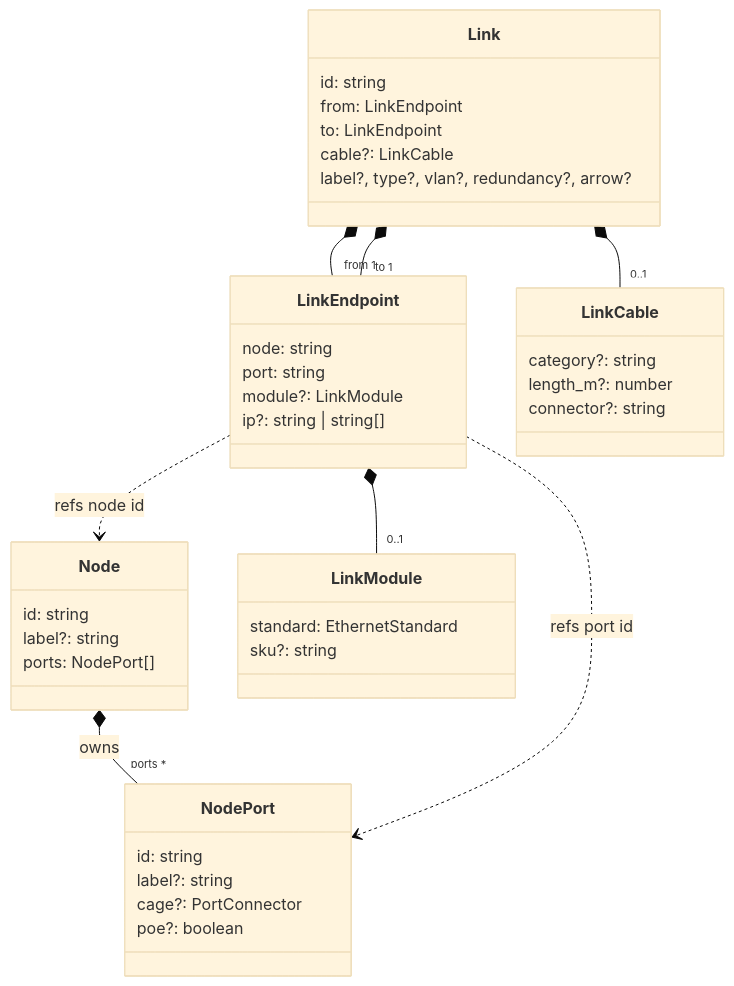
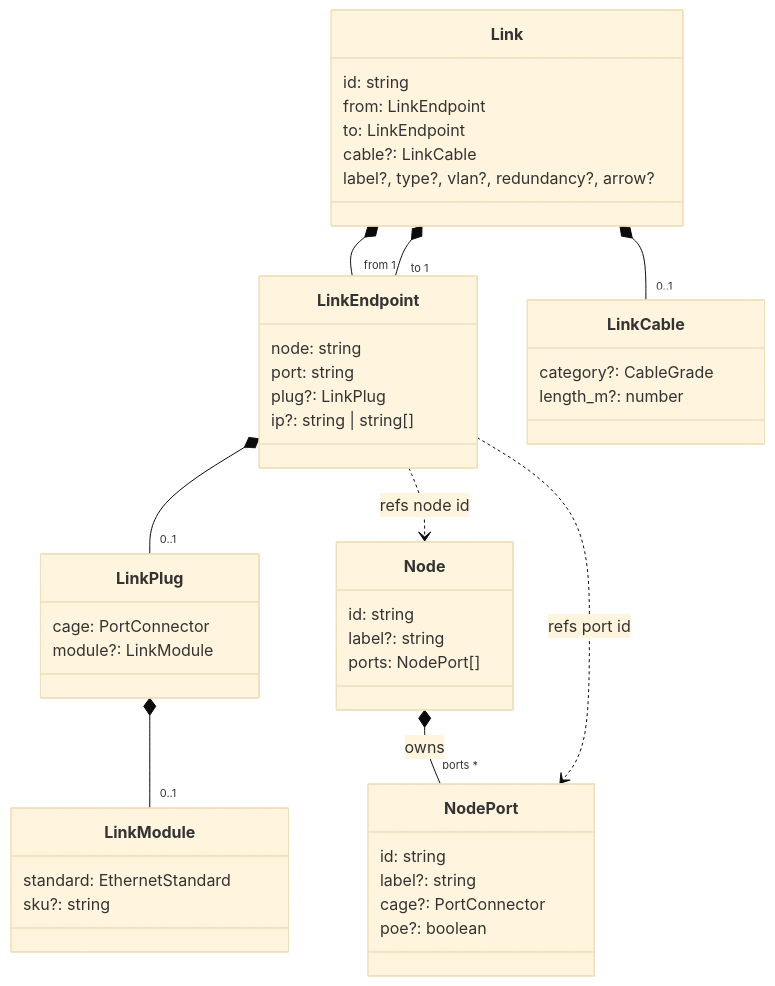
The fifth of 5 diagrams in apps/editor/docs/connection-model.md (konoe-akitoshi/shumoku), drawn with Mermaid (base theme) before and after one commit. The commit also changed other lines of this file and 18 other files, not shown here.

````diff
--- a/apps/editor/docs/connection-model.md
+++ b/apps/editor/docs/connection-model.md
@@ -114,44 +114,48 @@
 ```mermaid
 classDiagram
   class Node {
     id: string
     label?: string
     ports: NodePort[]
   }
   class NodePort {
     id: string
     label?: string
     cage?: PortConnector
     poe?: boolean
   }
   class Link {
     id: string
     from: LinkEndpoint
     to: LinkEndpoint
     cable?: LinkCable
     label?, type?, vlan?, redundancy?, arrow?
   }
   class LinkEndpoint {
     node: string
     port: string
+    plug?: LinkPlug
+    ip?: string | string[]
+  }
+  class LinkPlug {
+    cage: PortConnector
     module?: LinkModule
-    ip?: string | string[]
   }
   class LinkModule {
     standard: EthernetStandard
     sku?: string
   }
   class LinkCable {
-    category?: string
+    category?: CableGrade
     length_m?: number
-    connector?: string
   }
 
   Node *-- "ports *" NodePort : owns
   Link *-- "from 1" LinkEndpoint
   Link *-- "to 1" LinkEndpoint
   Link *-- "0..1" LinkCable
-  LinkEndpoint *-- "0..1" LinkModule
+  LinkEndpoint *-- "0..1" LinkPlug
+  LinkPlug *-- "0..1" LinkModule
   LinkEndpoint ..> Node : refs node id
   LinkEndpoint ..> NodePort : refs port id
 ```
````
